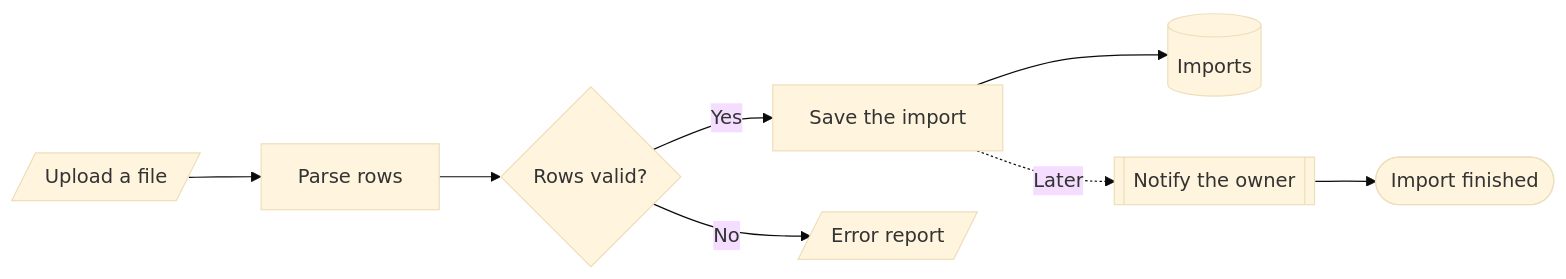
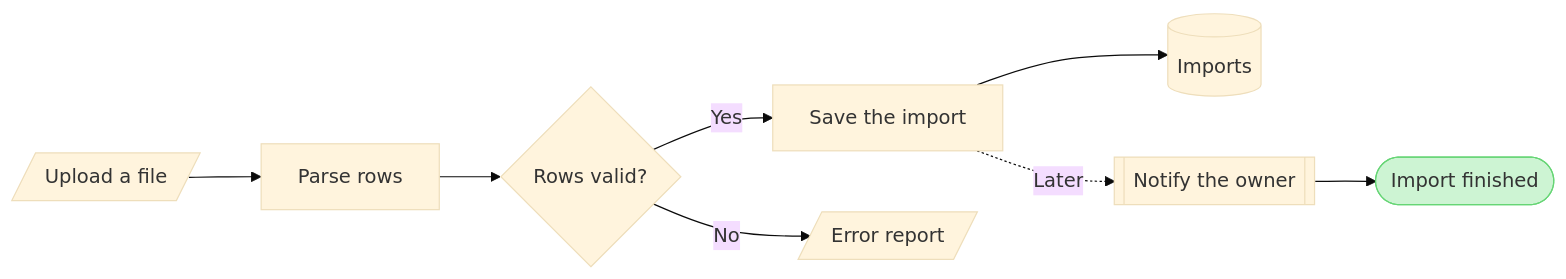
Before and after one commit to MichelKerkmeester/product-owner_create-tickets-and-stories: the third of 3 diagrams in claude project/knowledge/Product Owner - Assets - Flow Templates - Process.md, drawn with Mermaid (base theme). The commit also changed other lines of this file and 146 other files, not shown here.

````diff
--- a/claude project/knowledge/Product Owner - Assets - Flow Templates - Process.md
+++ b/claude project/knowledge/Product Owner - Assets - Flow Templates - Process.md
@@ -66,11 +67,12 @@
 ```mermaid
 %% type: process
 flowchart LR
     upload[/Upload a file/] --> parse[Parse rows]
     parse --> valid{Rows valid?}
     valid -->|Yes| save[Save the import]
     valid -->|No| errors[/Error report/]
     save --> store[(Imports)]
     save -.->|"Later"| notify[[Notify the owner]]
     notify --> done([Import finished])
+    style done fill:#CDF4D3,stroke:#66D575
 ```
````
